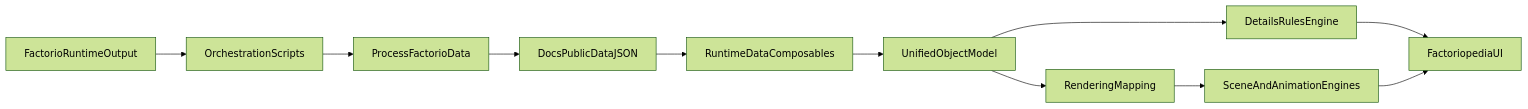
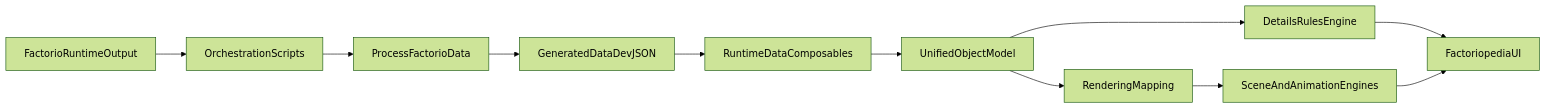
One commit to WhyIsSandwich/SeaBlock changed the diagram in docs/governance/architecture-brief.md. Above: the diagram before and after it, drawn with Mermaid (forest theme). The commit also changed other lines of this file and 21 other files, not shown here.

````diff
--- a/docs/governance/architecture-brief.md
+++ b/docs/governance/architecture-brief.md
@@ -27,13 +27,13 @@
 ```mermaid
 flowchart LR
   factorioRuntime[FactorioRuntimeOutput] --> orchestration[OrchestrationScripts]
   orchestration --> processPipeline[ProcessFactorioData]
-  processPipeline --> publicData[DocsPublicDataJSON]
+  processPipeline --> publicData[GeneratedDataDevJSON]
   publicData --> runtimeLoaders[RuntimeDataComposables]
   runtimeLoaders --> unifiedModel[UnifiedObjectModel]
   unifiedModel --> rulesEngine[DetailsRulesEngine]
   unifiedModel --> renderMapping[RenderingMapping]
   rulesEngine --> factoriopediaUI[FactoriopediaUI]
   renderMapping --> sceneAndAnim[SceneAndAnimationEngines]
   sceneAndAnim --> factoriopediaUI
 ```
````
